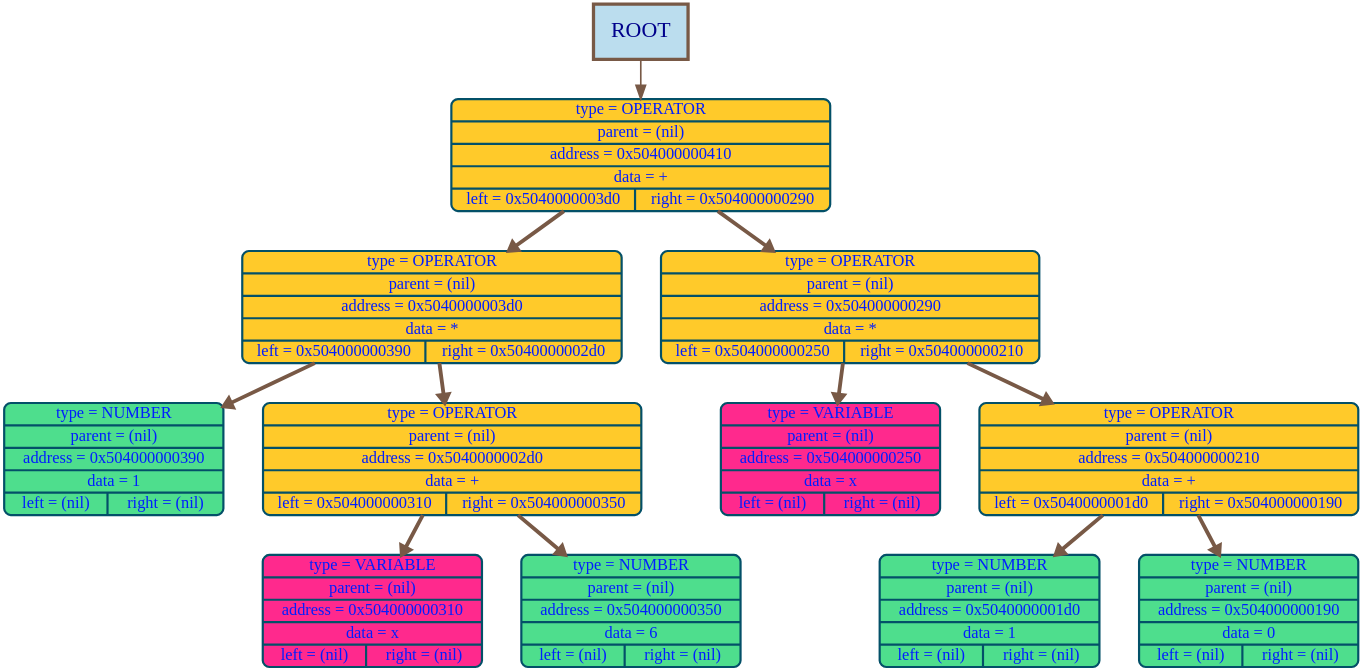
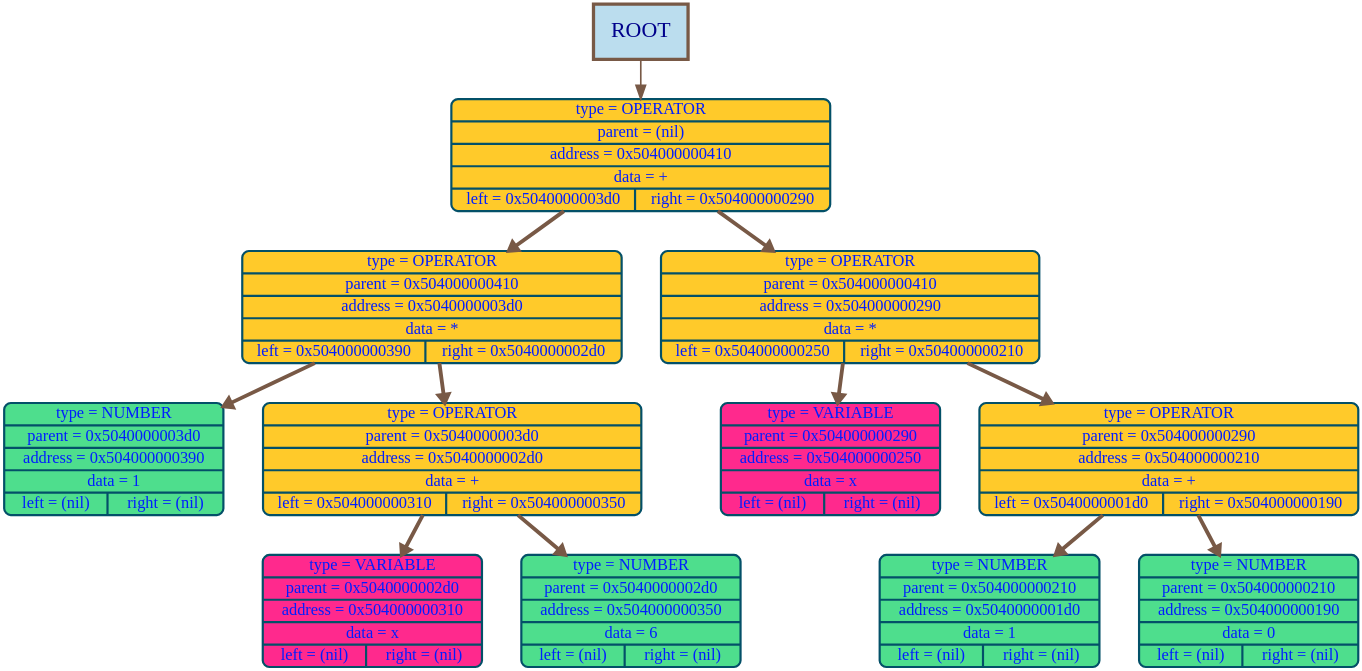
One commit to timoko3/diffirenciator changed the diagram in graphDumps/graphDump.dot. Above: the diagram before and after it, drawn with Graphviz. The commit also changed 5 other files, not shown here.

```diff
--- a/graphDumps/graphDump.dot
+++ b/graphDumps/graphDump.dot
@@ -1,30 +1,30 @@
 digraph G {
 bgcolor="transparent"
 nodesep = 1;
 ranksep = 1
 	node [shape=Mrecord, style="filled", fillcolor="#70c07cff", fontcolor="#001effff", color="#035068ff", penwidth=4, fontname="Menlo", fontsize=30];
 
 	node1040 [label="{type = OPERATOR | parent = (nil) | address = 0x504000000410 | data = + | {left = 0x5040000003d0 | right = 0x504000000290}} ", fillcolor="#ffca2aff"];
-	node976 [label="{type = OPERATOR | parent = (nil) | address = 0x5040000003d0 | data = * | {left = 0x504000000390 | right = 0x5040000002d0}} ", fillcolor="#ffca2aff"];
-	node912 [label="{type = NUMBER | parent = (nil) | address = 0x504000000390 | data = 1 | {left = (nil) | right = (nil)}} ", fillcolor="#4ede8dff"];
-	node720 [label="{type = OPERATOR | parent = (nil) | address = 0x5040000002d0 | data = + | {left = 0x504000000310 | right = 0x504000000350}} ", fillcolor="#ffca2aff"];
-	node784 [label="{type = VARIABLE | parent = (nil) | address = 0x504000000310 | data = x | {left = (nil) | right = (nil)}} ", fillcolor="#ff298dff"];
-	node848 [label="{type = NUMBER | parent = (nil) | address = 0x504000000350 | data = 6 | {left = (nil) | right = (nil)}} ", fillcolor="#4ede8dff"];
-	node656 [label="{type = OPERATOR | parent = (nil) | address = 0x504000000290 | data = * | {left = 0x504000000250 | right = 0x504000000210}} ", fillcolor="#ffca2aff"];
-	node592 [label="{type = VARIABLE | parent = (nil) | address = 0x504000000250 | data = x | {left = (nil) | right = (nil)}} ", fillcolor="#ff298dff"];
-	node528 [label="{type = OPERATOR | parent = (nil) | address = 0x504000000210 | data = + | {left = 0x5040000001d0 | right = 0x504000000190}} ", fillcolor="#ffca2aff"];
-	node464 [label="{type = NUMBER | parent = (nil) | address = 0x5040000001d0 | data = 1 | {left = (nil) | right = (nil)}} ", fillcolor="#4ede8dff"];
-	node400 [label="{type = NUMBER | parent = (nil) | address = 0x504000000190 | data = 0 | {left = (nil) | right = (nil)}} ", fillcolor="#4ede8dff"];
+	node976 [label="{type = OPERATOR | parent = 0x504000000410 | address = 0x5040000003d0 | data = * | {left = 0x504000000390 | right = 0x5040000002d0}} ", fillcolor="#ffca2aff"];
+	node912 [label="{type = NUMBER | parent = 0x5040000003d0 | address = 0x504000000390 | data = 1 | {left = (nil) | right = (nil)}} ", fillcolor="#4ede8dff"];
+	node720 [label="{type = OPERATOR | parent = 0x5040000003d0 | address = 0x5040000002d0 | data = + | {left = 0x504000000310 | right = 0x504000000350}} ", fillcolor="#ffca2aff"];
+	node784 [label="{type = VARIABLE | parent = 0x5040000002d0 | address = 0x504000000310 | data = x | {left = (nil) | right = (nil)}} ", fillcolor="#ff298dff"];
+	node848 [label="{type = NUMBER | parent = 0x5040000002d0 | address = 0x504000000350 | data = 6 | {left = (nil) | right = (nil)}} ", fillcolor="#4ede8dff"];
+	node656 [label="{type = OPERATOR | parent = 0x504000000410 | address = 0x504000000290 | data = * | {left = 0x504000000250 | right = 0x504000000210}} ", fillcolor="#ffca2aff"];
+	node592 [label="{type = VARIABLE | parent = 0x504000000290 | address = 0x504000000250 | data = x | {left = (nil) | right = (nil)}} ", fillcolor="#ff298dff"];
+	node528 [label="{type = OPERATOR | parent = 0x504000000290 | address = 0x504000000210 | data = + | {left = 0x5040000001d0 | right = 0x504000000190}} ", fillcolor="#ffca2aff"];
+	node464 [label="{type = NUMBER | parent = 0x504000000210 | address = 0x5040000001d0 | data = 1 | {left = (nil) | right = (nil)}} ", fillcolor="#4ede8dff"];
+	node400 [label="{type = NUMBER | parent = 0x504000000210 | address = 0x504000000190 | data = 0 | {left = (nil) | right = (nil)}} ", fillcolor="#4ede8dff"];
 node1040 ->node976 [color="#785946ff", arrowsize=1.5, penwidth=7, weight=1000];
 node976 ->node912 [color="#785946ff", arrowsize=1.5, penwidth=7, weight=1000];
 node976->node720 [color="#785946ff", arrowsize=1.5, penwidth=7, weight=1000];
 node720 ->node784 [color="#785946ff", arrowsize=1.5, penwidth=7, weight=1000];
 node720->node848 [color="#785946ff", arrowsize=1.5, penwidth=7, weight=1000];
 node1040->node656 [color="#785946ff", arrowsize=1.5, penwidth=7, weight=1000];
 node656 ->node592 [color="#785946ff", arrowsize=1.5, penwidth=7, weight=1000];
 node656->node528 [color="#785946ff", arrowsize=1.5, penwidth=7, weight=1000];
 node528 ->node464 [color="#785946ff", arrowsize=1.5, penwidth=7, weight=1000];
 node528->node400 [color="#785946ff", arrowsize=1.5, penwidth=7, weight=1000];
 root_label [shape=box, width = 2.4, height = 1.4, label="ROOT", style="filled", fillcolor="#BBDDEE", color="#785946ff", penwidth = 6,  fontcolor="darkblue", fontsize = 40];
 root_label -> node1040 [color="#785946ff"  , arrowsize=2.5, penwidth=3];
 }
```
